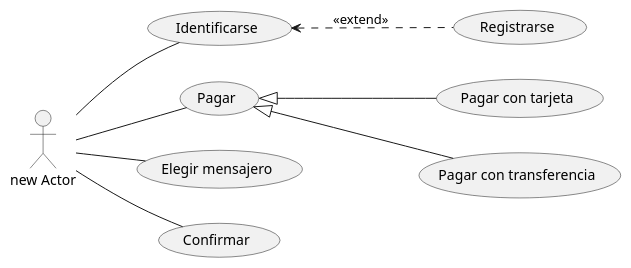
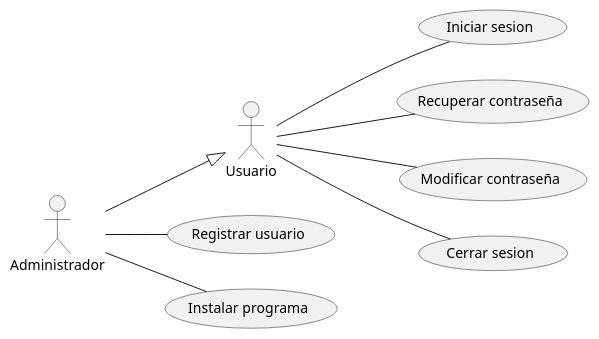
One commit to preguntitas/PlantUml changed the diagram in src/diagrama de casos.puml. Above: the diagram before and after it, drawn with PlantUML. The commit also changed 1 other file, not shown here.

Commit message:
Diagrama Usuarios y administradores

```diff
--- a/src/diagrama de casos.puml
+++ b/src/diagrama de casos.puml
@@ -1,22 +1,22 @@
 @startuml
 ' DEFINICIONES
-:new Actor: as actor
-(Identificarse) as indentificarse
-(Pagar) as pagar
-(Elegir mensajero) as elegir
-(Confirmar) as confirmar
-(Registrarse) as registrar
-(Pagar con tarjeta) as tarjeta
-(Pagar con transferencia) as transferencia
+:Usuario: as usuario
+:Administrador: as administrador
+(Iniciar sesion) as iniciar
+(Recuperar contraseña) as recuperar
+(Modificar contraseña) as modificar
+(Cerrar sesion) as cerrar
+(Registrar usuario) as registrar
+(Instalar programa) as instalar
 
 ' RELACIONES
 left to right direction
-actor -- indentificarse
-actor -- pagar
-actor -- elegir
-actor -- confirmar
-indentificarse <.. registrar : <<extend>>
-pagar <|-- tarjeta
-pagar <|-- transferencia
+usuario -- iniciar
+usuario -- recuperar
+usuario -- modificar
+usuario -- cerrar
+administrador -- registrar
+administrador -- instalar
+administrador --|> usuario
 
 @enduml
```
